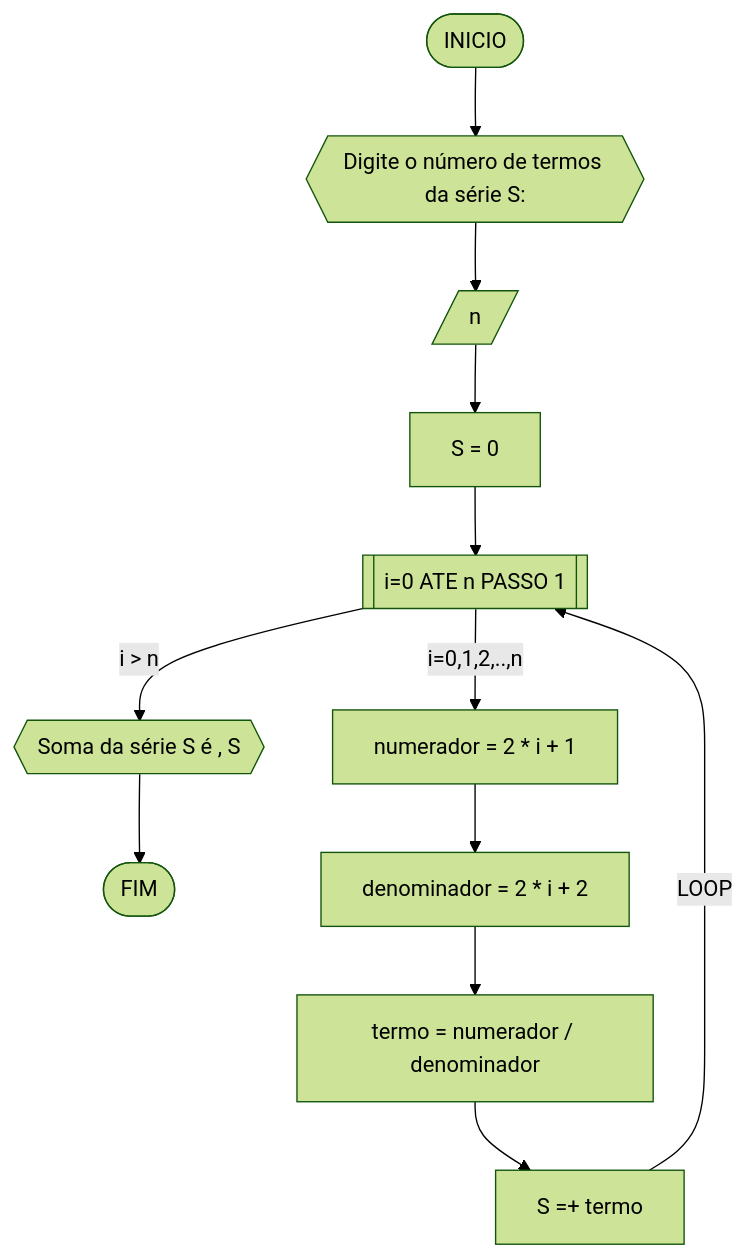
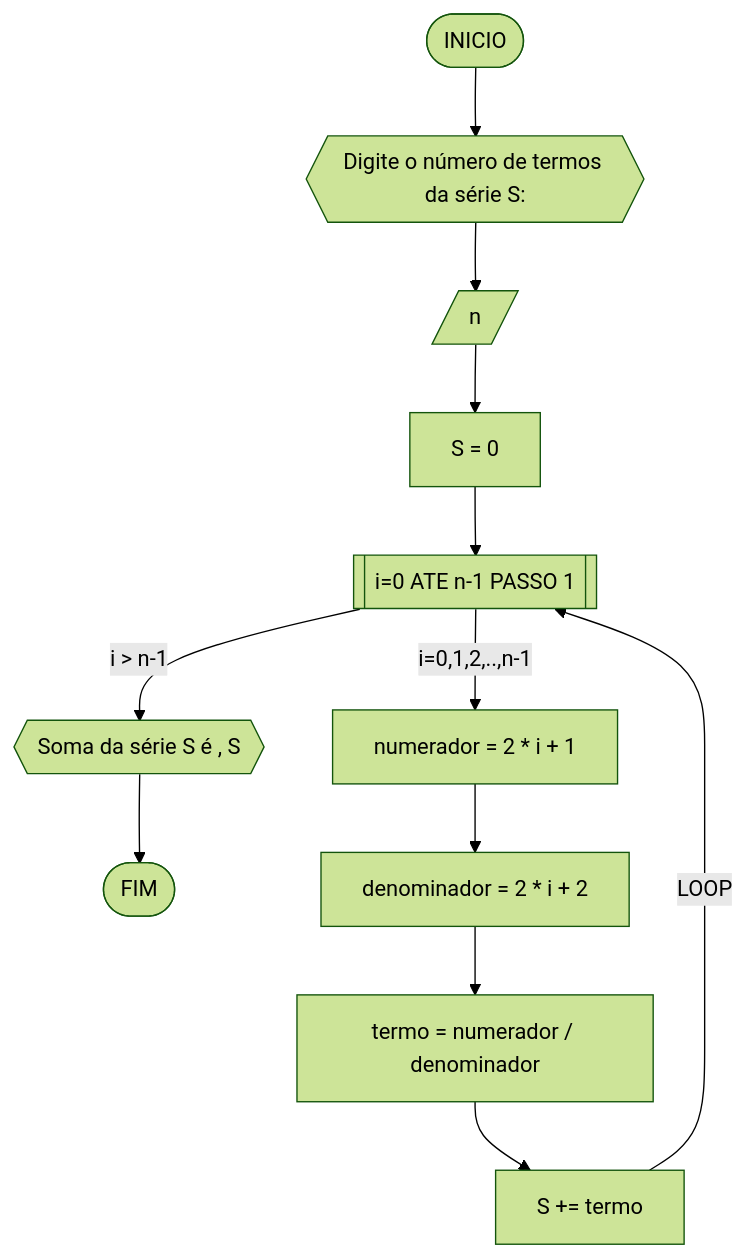
One commit to carollyra/UNIFOR changed the fifth of 8 diagrams in RLA/ad1_ex.md. Above: the diagram before and after it, drawn with Mermaid (forest theme). The commit also changed other lines of this file, not shown here.

````diff
--- a/RLA/ad1_ex.md
+++ b/RLA/ad1_ex.md
@@ -292,14 +345,14 @@
 ```mermaid
 flowchart TD
-A([INICIO]) --> B{{Digite o número de termos da série S: }}
+A([INICIO]) --> B{{"Digite o número de termos da série S:"}}
 B --> C[/n/]
 C --> D[S = 0]
-D --> E[[i=0 ATE n PASSO 1]]
-E --i > n--> J{{"Soma da série S é ", S}}
+D --> E[[i=0 ATE n-1 PASSO 1]]
+E --"i > n-1"--> J{{"Soma da série S é ", S}}
 J --> K([FIM])
-E --"i=0,1,2,..,n"--> F[numerador = 2 * i + 1]
+E --"i=0,1,2,..,n-1"--> F[numerador = 2 * i + 1]
 F --> G[denominador = 2 * i + 2]
 G --> H[termo = numerador / denominador]
-H --> I[S =+ termo]
+H --> I[S += termo]
 I --LOOP--> E
 ```
````
